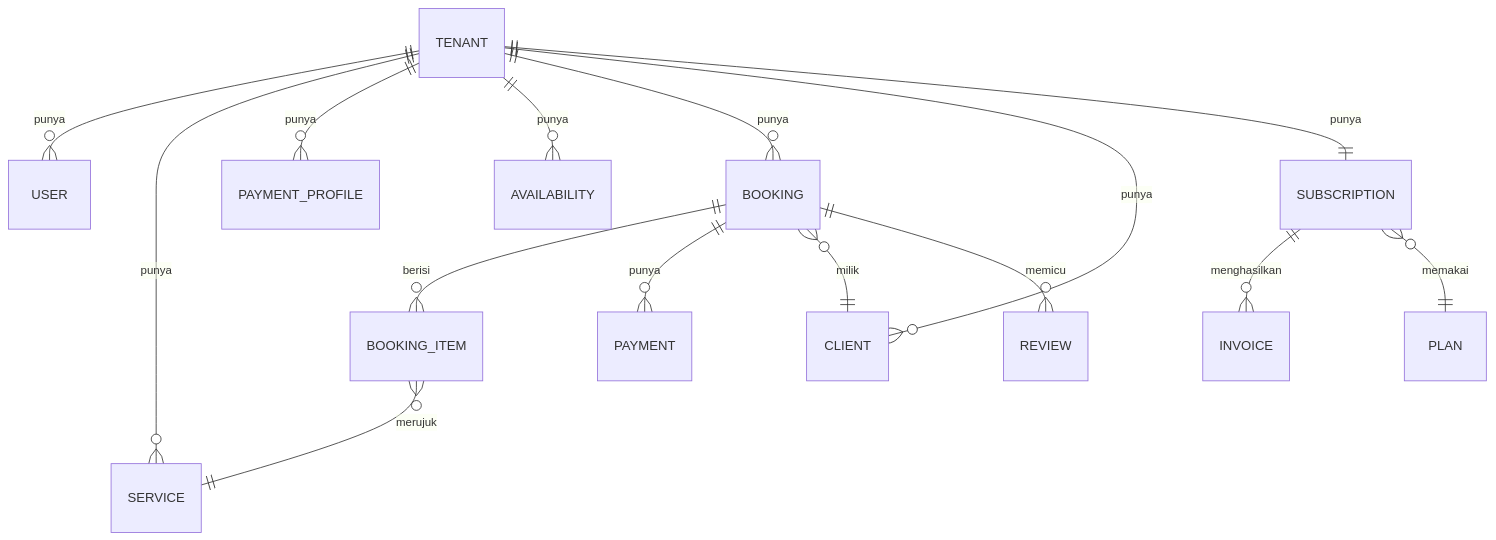
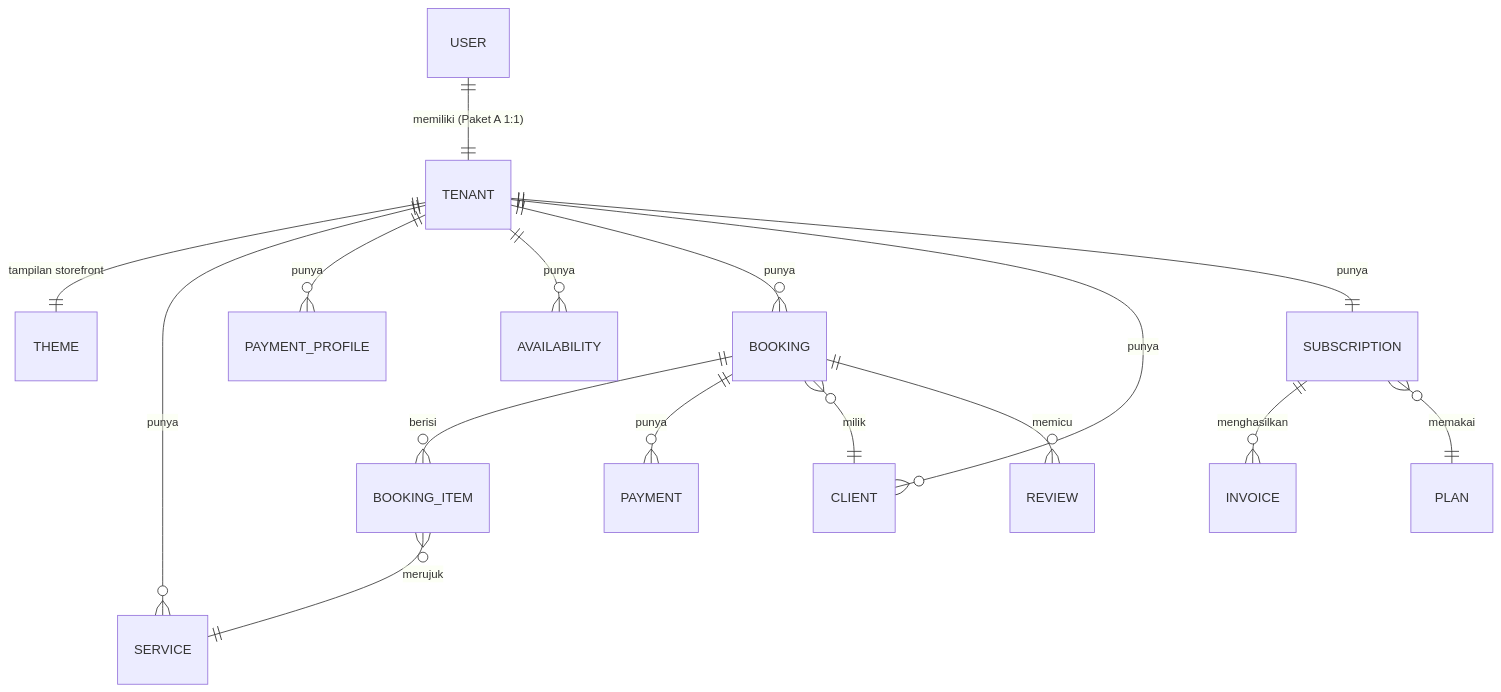
The diagram in docs/data-model.md (Marchelinoraco/mua), drawn with Mermaid before and after one commit. The commit also changed other lines of this file and 339 other files, not shown here.

````diff
--- a/docs/data-model.md
+++ b/docs/data-model.md
@@ -6,17 +6,18 @@
 ```mermaid
 erDiagram
-  TENANT ||--o{ USER : punya
+  USER ||--|| TENANT : "memiliki (Paket A 1:1)"
+  TENANT ||--|| THEME : "tampilan storefront"
   TENANT ||--o{ SERVICE : punya
   TENANT ||--o{ PAYMENT_PROFILE : punya
   TENANT ||--o{ AVAILABILITY : punya
   TENANT ||--o{ BOOKING : punya
   TENANT ||--o{ CLIENT : punya
   TENANT ||--|| SUBSCRIPTION : punya
   BOOKING ||--o{ BOOKING_ITEM : berisi
   BOOKING ||--o{ PAYMENT : punya
   BOOKING }o--|| CLIENT : milik
   BOOKING_ITEM }o--|| SERVICE : merujuk
   SUBSCRIPTION ||--o{ INVOICE : menghasilkan
   SUBSCRIPTION }o--|| PLAN : memakai
   BOOKING ||--o{ REVIEW : memicu
 ```
````
